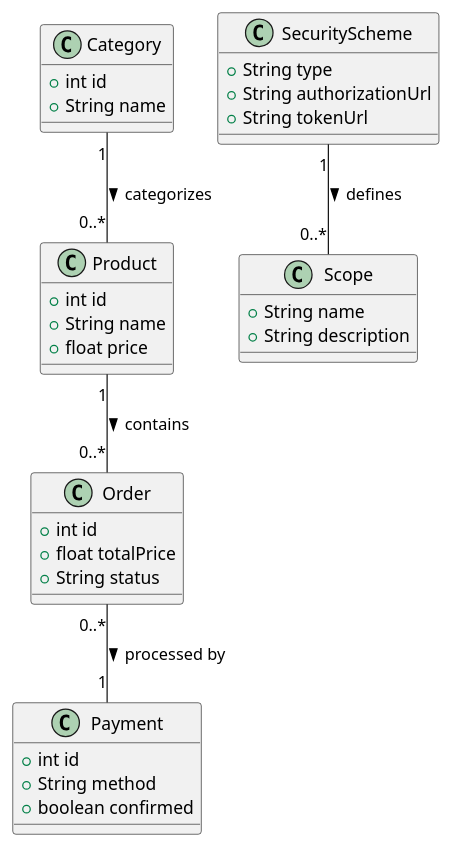
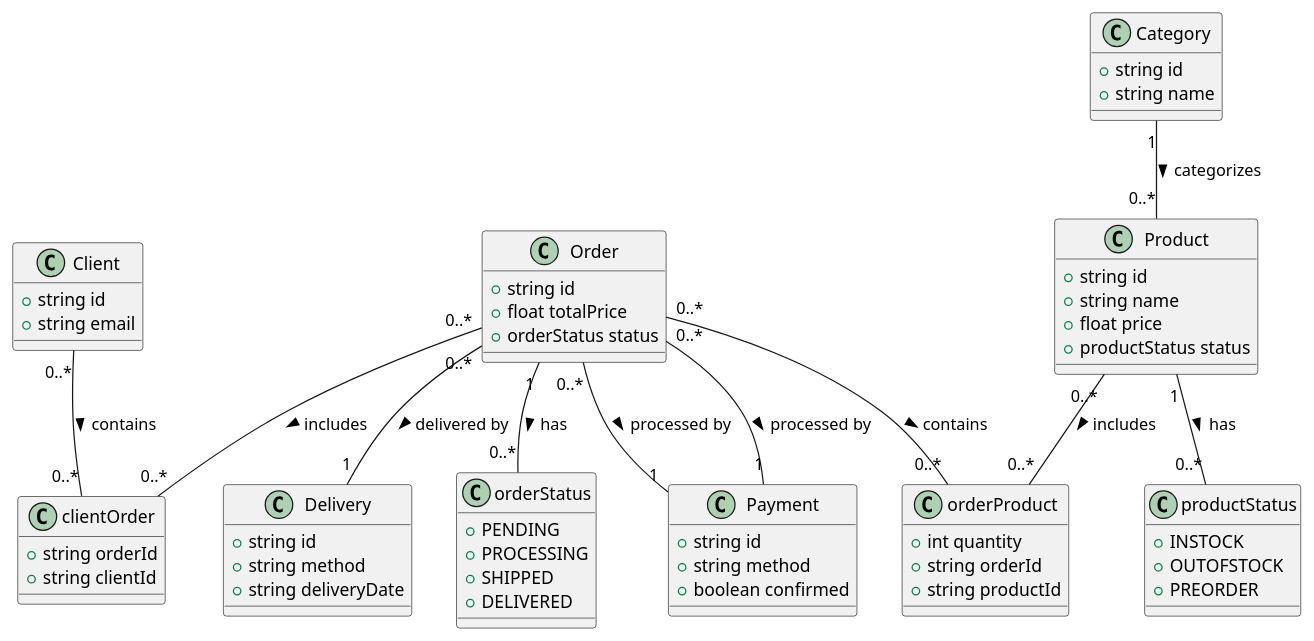
The diagram in classDiagram.puml (Jiri1708/bpAPImigrations), drawn with PlantUML before and after one commit.

Commit message:
plant uml update

```diff
--- a/classDiagram.puml
+++ b/classDiagram.puml
@@ -1,43 +1,77 @@
 @startuml
 
+
+class clientOrder {
+    +string orderId
+    +string clientId
+}
+
+class Client {
+    +string id
+    +string email
+}
+
+class orderProduct {
+    +int quantity
+    +string orderId
+    +string productId
+}
+
 class Product {
-    +int id
-    +String name
+    +string id
+    +string name
     +float price
+    +productStatus status
+}
+
+class productStatus {
+    +INSTOCK
+    +OUTOFSTOCK
+    +PREORDER
 }
 
 class Category {
-    +int id
-    +String name
+    +string id
+    +string name
 }
 
 class Order {
-    +int id
+    +string id
     +float totalPrice
-    +String status
+    +orderStatus status
 }
 
 class Payment {
-    +int id
-    +String method
+    +string id
+    +string method
     +boolean confirmed
 }
 
-class SecurityScheme {
-    +String type
-    +String authorizationUrl
-    +String tokenUrl
+class Delivery {
+    +string id
+    +string method
+    +string deliveryDate
 }
 
-class Scope {
-    +String name
-    +String description
+class orderStatus {
+    +PENDING
+    +PROCESSING
+    +SHIPPED
+    +DELIVERED
 }
 
-Product "1" -- "0..*" Order : contains >
+Order "1" -- "0..*" orderStatus : has >
+Product "1" -- "0..*" productStatus : has >
+' Product "1" -- "0..*" Order : contains >
 Order "0..*" -- "1" Payment : processed by >
-
+Order "0..*" -- "1" Payment : processed by >
+Order "0..*" -- "1" Delivery : delivered by >
 Category "1" -- "0..*" Product : categorizes >
-SecurityScheme "1" -- "0..*" Scope : defines >
+' Many-to-Many relationship between Order and Product
+Order "0..*" -- "0..*" orderProduct : contains >
+Product "0..*" -- "0..*" orderProduct : includes >
+' Many-to-Many relationship between Order and Product
+Client "0..*" -- "0..*" clientOrder : contains >
+Order "0..*" -- "0..*" clientOrder : includes >
 
 @enduml
```
